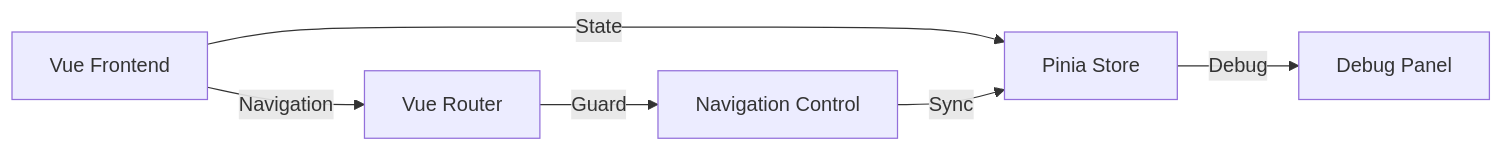
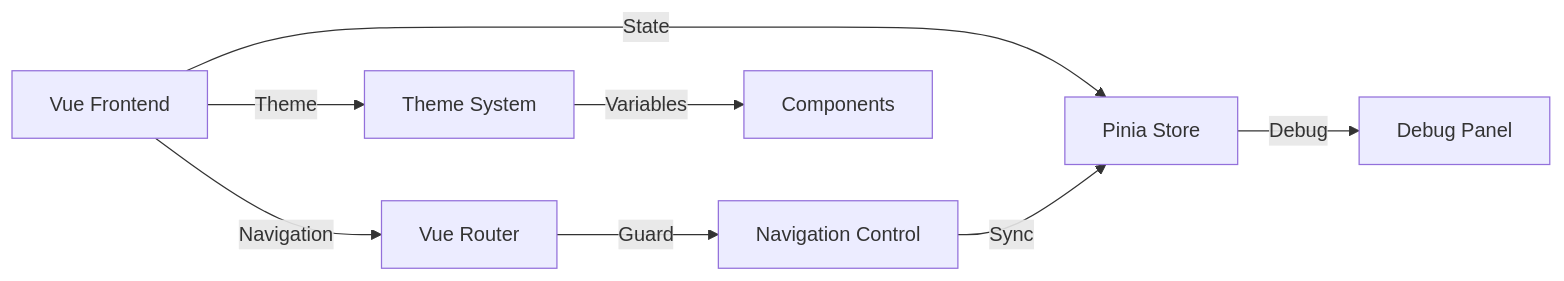
The first of 2 diagrams in README.md (eric-fern/wizardteach), drawn with Mermaid before and after one commit. The commit also changed other lines of this file and 1 other file, not shown here.

First line of the commit message:
feat(debug): enhance debug panel UI and align with theme system

````diff
--- a/README.md
+++ b/README.md
@@ -37,8 +38,10 @@
 ```mermaid
 graph LR
     UI[Vue Frontend] -->|State| Store[Pinia Store]
     UI -->|Navigation| Router[Vue Router]
+    UI -->|Theme| Theme[Theme System]
     Store -->|Debug| Debug[Debug Panel]
     Router -->|Guard| Nav[Navigation Control]
     Nav -->|Sync| Store
+    Theme -->|Variables| Components[Components]
 ```
````
